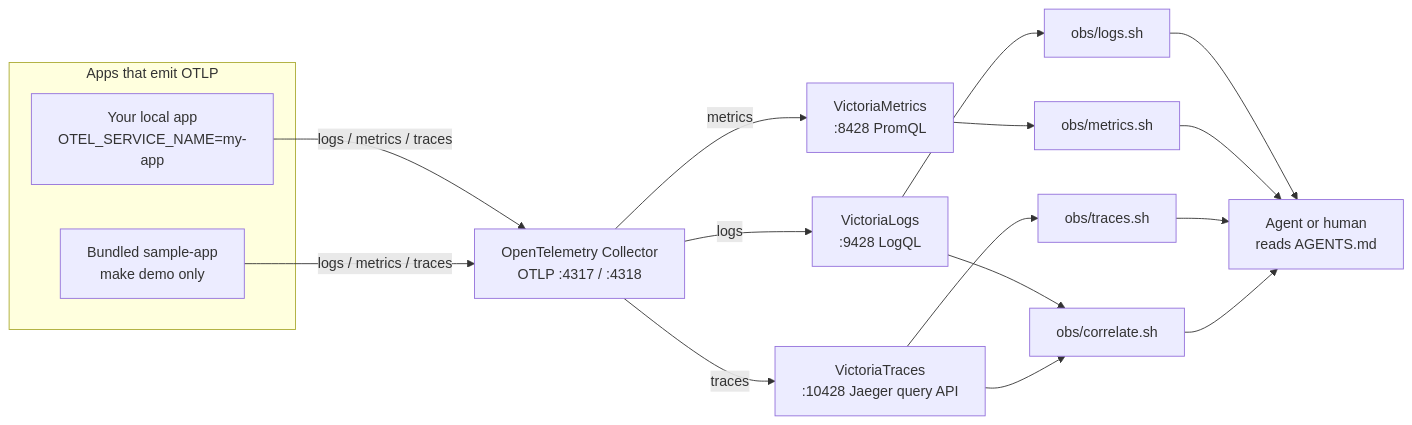
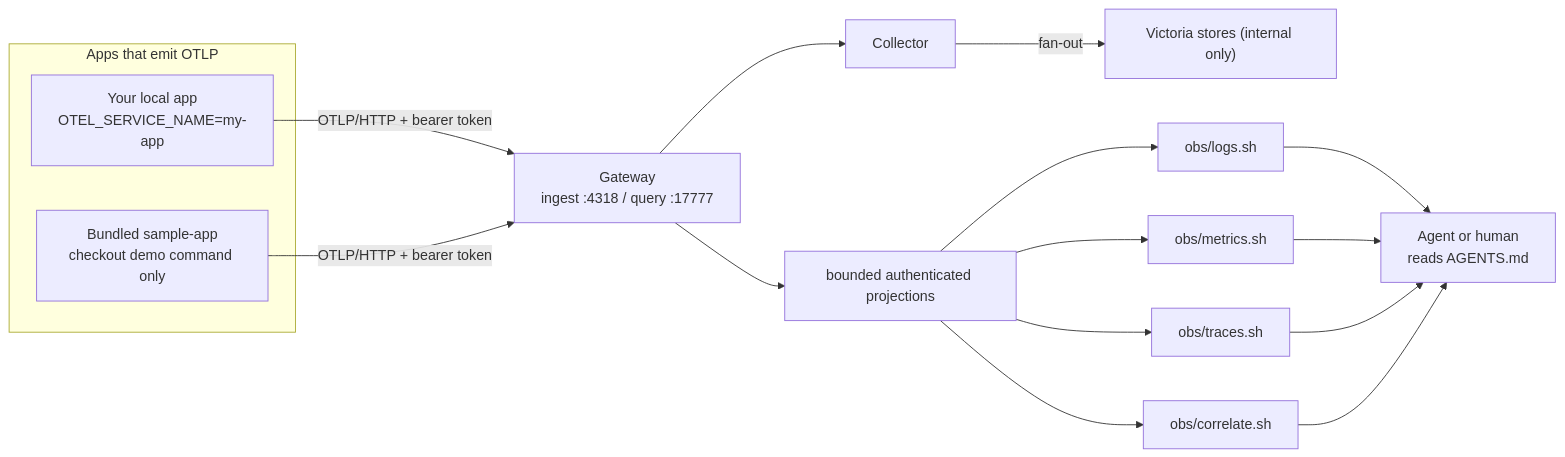
The first of 4 diagrams in README.md (gkrtjd99/AgentOTelStack), drawn with Mermaid before and after one commit. The commit also changed other lines of this file and 113 other files, not shown here.

````diff
--- a/README.md
+++ b/README.md
@@ -25,27 +31,25 @@
 ```mermaid
 flowchart LR
   subgraph Apps["Apps that emit OTLP"]
     Own["Your local app<br/>OTEL_SERVICE_NAME=my-app"]
-    Demo["Bundled sample-app<br/>make demo only"]
+    Demo["Bundled sample-app<br/>checkout demo command only"]
   end
 
-  Collector["OpenTelemetry Collector<br/>OTLP :4317 / :4318"]
+  Gateway["Gateway<br/>ingest :4318 / query :17777"]
 
-  Own -->|"logs / metrics / traces"| Collector
-  Demo -->|"logs / metrics / traces"| Collector
+  Own -->|"OTLP/HTTP + bearer token"| Gateway
+  Demo -->|"OTLP/HTTP + bearer token"| Gateway
+  Gateway --> Collector
+  Collector -->|"fan-out"| Stores["Victoria stores (internal only)"]
+  Gateway --> Projections["bounded authenticated projections"]
 
-  Collector -->|"logs"| Logs["VictoriaLogs<br/>:9428 LogQL"]
-  Collector -->|"metrics"| Metrics["VictoriaMetrics<br/>:8428 PromQL"]
-  Collector -->|"traces"| Traces["VictoriaTraces<br/>:10428 Jaeger query API"]
-
-  Logs --> LogTool["obs/logs.sh"]
-  Metrics --> MetricTool["obs/metrics.sh"]
-  Traces --> TraceTool["obs/traces.sh"]
-  Logs --> Correlate["obs/correlate.sh"]
-  Traces --> Correlate
+  Projections --> LogTool["obs/logs.sh"]
+  Projections --> MetricTool["obs/metrics.sh"]
+  Projections --> TraceTool["obs/traces.sh"]
+  Projections --> Correlate["obs/correlate.sh"]
 
   LogTool --> Reader["Agent or human<br/>reads AGENTS.md"]
   MetricTool --> Reader
   TraceTool --> Reader
   Correlate --> Reader
 ```
````
